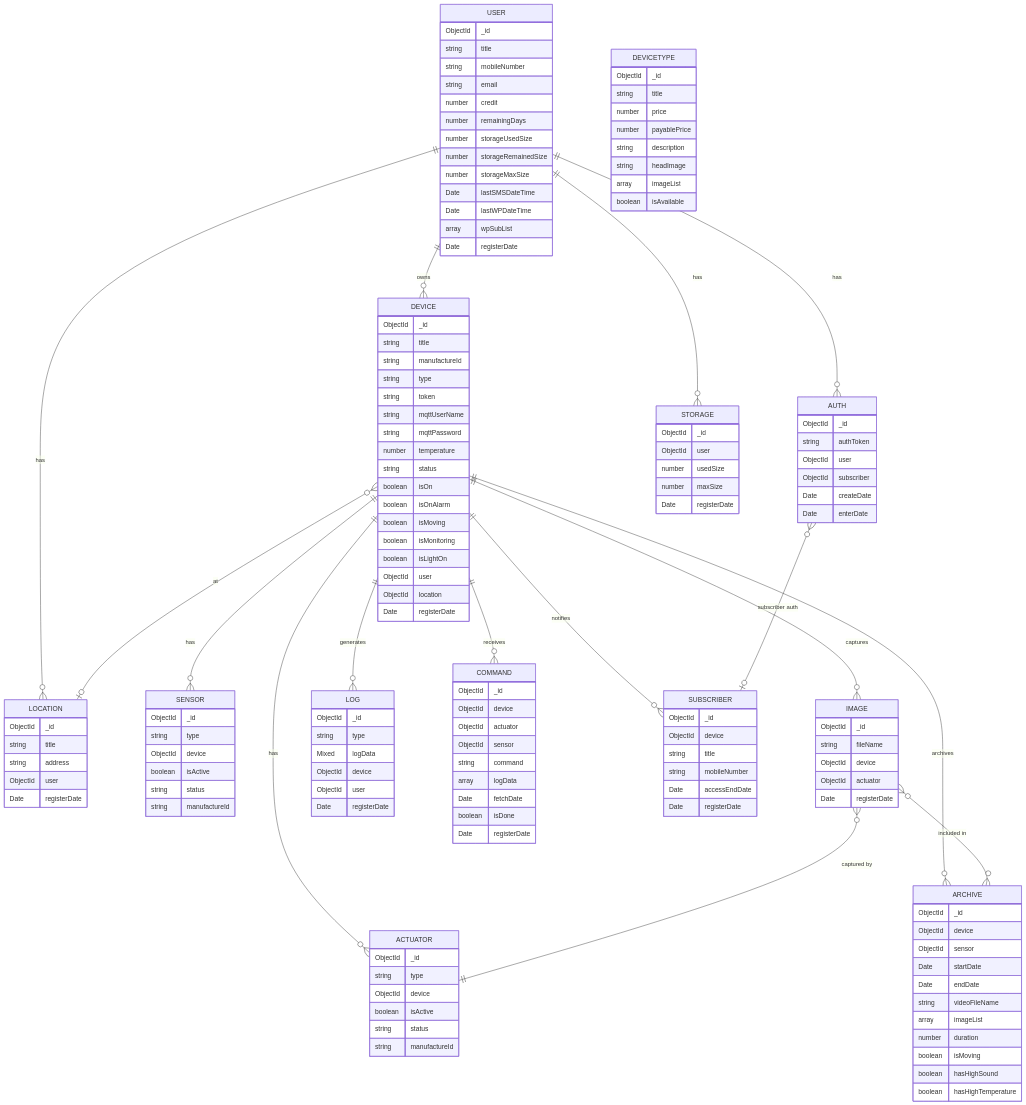
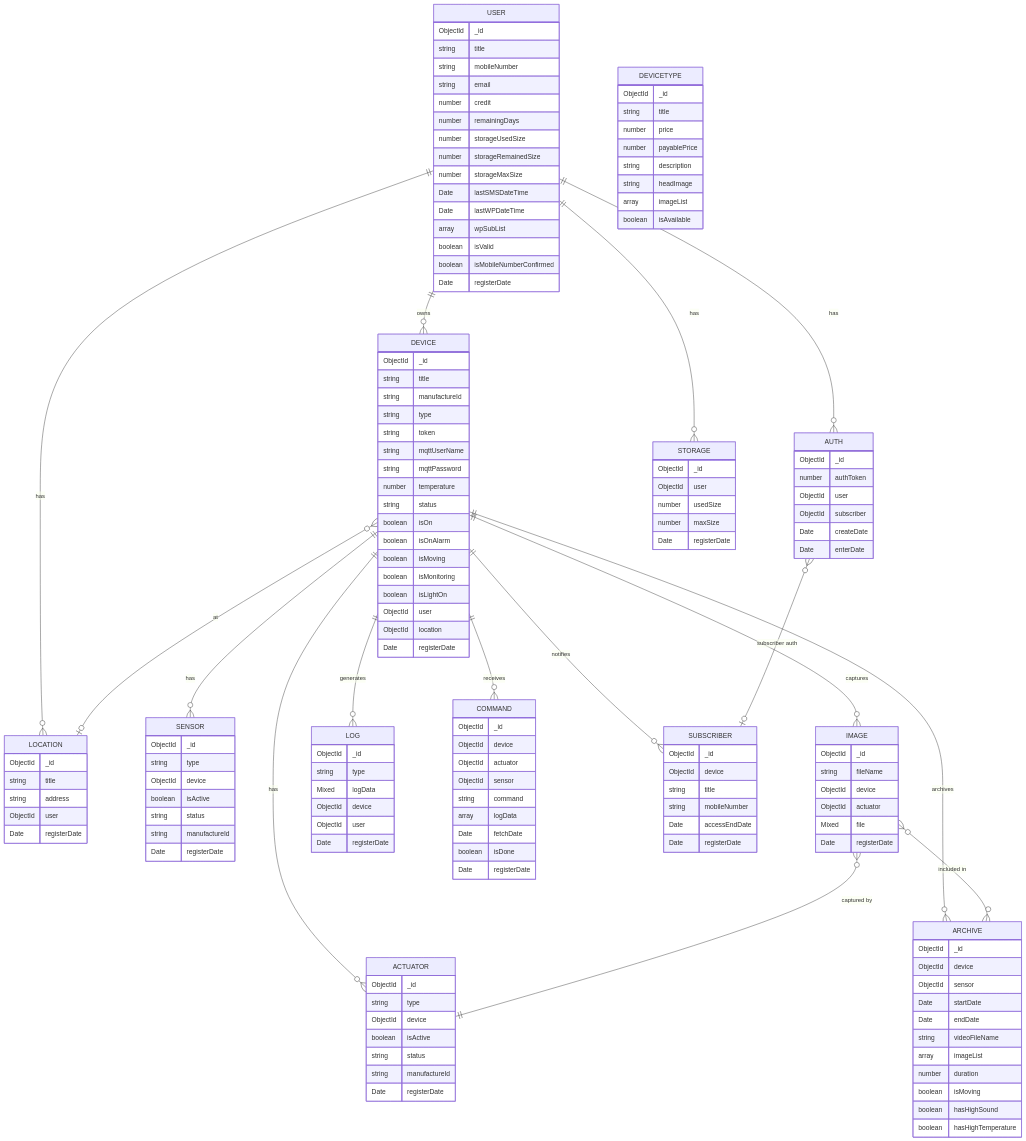
Before and after one commit to mhosseinab/hushiar: the diagram in packages/db-schema/README.md, drawn with Mermaid. The commit also changed other lines of this file and 78 other files, not shown here.

```diff
--- a/packages/db-schema/README.md
+++ b/packages/db-schema/README.md
@@ -65,6 +65,8 @@
         Date lastSMSDateTime
         Date lastWPDateTime
         array wpSubList
+        boolean isValid
+        boolean isMobileNumberConfirmed
         Date registerDate
     }
 
@@ -103,6 +105,7 @@
         boolean isActive
         string status
         string manufactureId
+        Date registerDate
     }
 
     ACTUATOR {
@@ -112,6 +115,7 @@
         boolean isActive
         string status
         string manufactureId
+        Date registerDate
     }
 
     IMAGE {
@@ -119,6 +123,7 @@
         string fileName
         ObjectId device
         ObjectId actuator
+        Mixed file
         Date registerDate
     }
 
@@ -159,7 +164,7 @@
 
     AUTH {
         ObjectId _id
-        string authToken
+        number authToken
         ObjectId user
         ObjectId subscriber
         Date createDate
```
